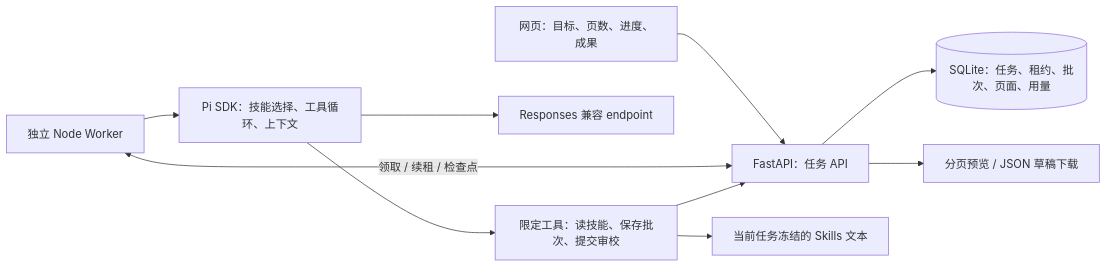
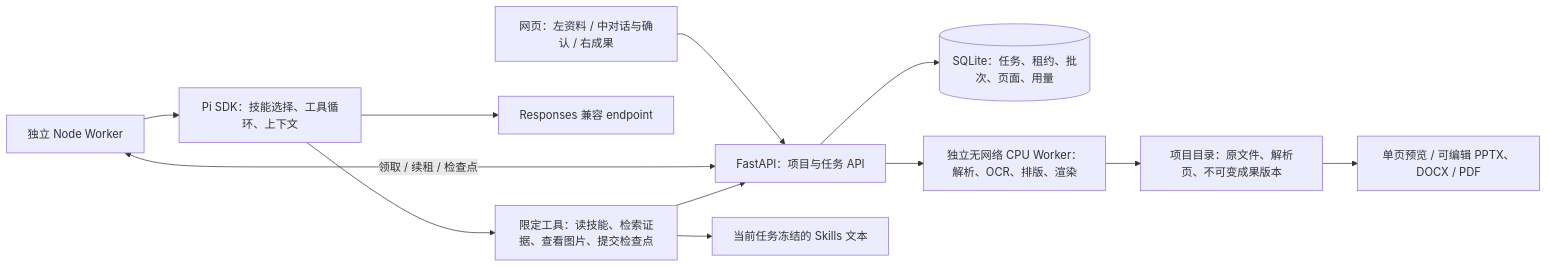
One commit to jingwenadc/archflow changed the first of 2 diagrams in PRODUCT_DESIGN.md. Above: the diagram before and after it, drawn with Mermaid. The commit also changed other lines of this file and 37 other files, not shown here.

````diff
--- a/PRODUCT_DESIGN.md
+++ b/PRODUCT_DESIGN.md
@@ -7,12 +7,14 @@
 ```mermaid
 flowchart LR
-    UI[网页：目标、页数、进度、成果] --> API[FastAPI：任务 API]
+    UI[网页：左资料 / 中对话与确认 / 右成果] --> API[FastAPI：项目与任务 API]
     API --> DB[(SQLite：任务、租约、批次、页面、用量)]
     W[独立 Node Worker] <-->|领取 / 续租 / 检查点| API
     W --> PI[Pi SDK：技能选择、工具循环、上下文]
     PI --> LLM[Responses 兼容 endpoint]
-    PI --> T[限定工具：读技能、保存批次、提交审校]
+    PI --> T[限定工具：读技能、检索证据、查看图片、提交检查点]
     T --> S[当前任务冻结的 Skills 文本]
     T --> API
-    API --> OUT[分页预览 / JSON 草稿下载]
+    API --> CPU[独立无网络 CPU Worker：解析、OCR、排版、渲染]
+    CPU --> FILES[项目目录：原文件、解析页、不可变成果版本]
+    FILES --> OUT[单页预览 / 可编辑 PPTX、DOCX / PDF]
 ```
````
